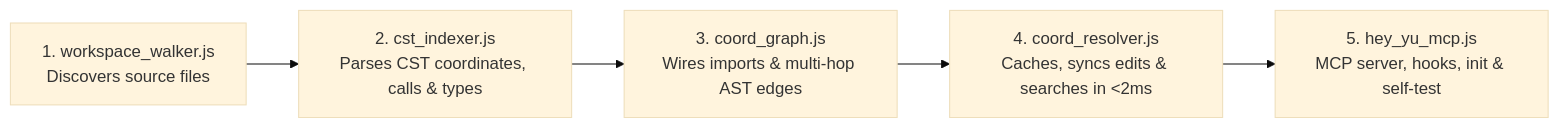
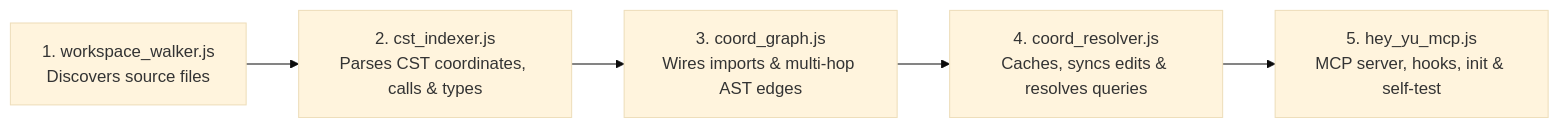
One commit to yuyurooms/hey-yu changed the second of 2 diagrams in README.md. Above: the diagram before and after it, drawn with Mermaid (base theme). The commit also changed other lines of this file and 4 other files, not shown here.

````diff
--- a/README.md
+++ b/README.md
@@ -261,7 +218,7 @@
 ```mermaid
 flowchart LR
     M1["1. workspace_walker.js<br/>Discovers source files"] --> M2["2. cst_indexer.js<br/>Parses CST coordinates, calls & types"]
     M2 --> M3["3. coord_graph.js<br/>Wires imports & multi-hop AST edges"]
-    M3 --> M4["4. coord_resolver.js<br/>Caches, syncs edits & searches in <2ms"]
+    M3 --> M4["4. coord_resolver.js<br/>Caches, syncs edits & resolves queries"]
     M4 --> M5["5. hey_yu_mcp.js<br/>MCP server, hooks, init & self-test"]
 ```
````
